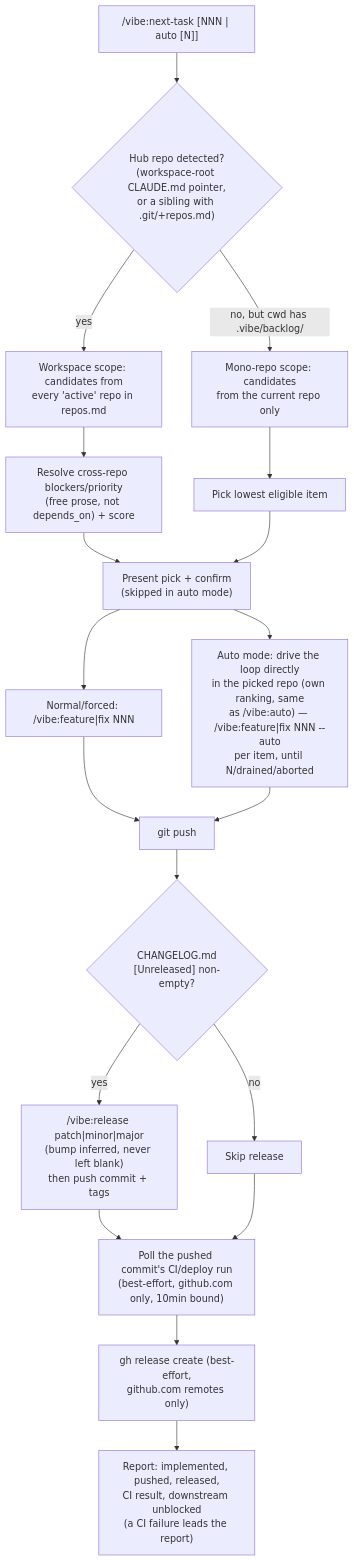
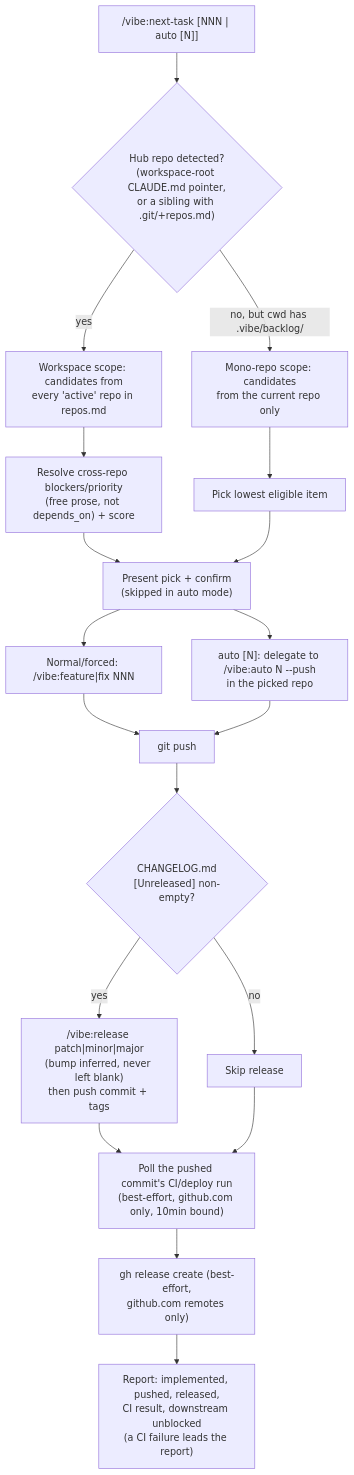
The seventh of 7 diagrams in docs/workflows.md (neolao/claude-plugin-vibe), drawn with Mermaid before and after one commit. The commit also changed other lines of this file and 30 other files, not shown here.

````diff
--- a/docs/workflows.md
+++ b/docs/workflows.md
@@ -160,21 +160,21 @@
 ```mermaid
 flowchart TD
     A["/vibe:next-task [NNN | auto [N]]"] --> B{"Hub repo detected?<br/>(workspace-root CLAUDE.md pointer,<br/>or a sibling with .git/+repos.md)"}
     B -- yes --> C["Workspace scope: candidates from<br/>every 'active' repo in repos.md"]
     B -- "no, but cwd has .vibe/backlog/" --> D["Mono-repo scope: candidates<br/>from the current repo only"]
     C --> E["Resolve cross-repo blockers/priority<br/>(free prose, not depends_on) + score"]
     D --> F["Pick lowest eligible item"]
     E --> G["Present pick + confirm<br/>(skipped in auto mode)"]
     F --> G
     G --> H1["Normal/forced: /vibe:feature|fix NNN"]
-    G --> H2["Auto mode: drive the loop directly<br/>in the picked repo (own ranking, same<br/>as /vibe:auto) — /vibe:feature|fix NNN --auto<br/>per item, until N/drained/aborted"]
+    G --> H2["auto [N]: delegate to /vibe:auto N --push<br/>in the picked repo"]
     H1 --> I["git push"]
     H2 --> I
     I --> J{"CHANGELOG.md<br/>[Unreleased] non-empty?"}
     J -- yes --> K["/vibe:release patch|minor|major<br/>(bump inferred, never left blank)<br/>then push commit + tags"]
     J -- no --> L["Skip release"]
     K --> CI["Poll the pushed commit's CI/deploy run<br/>(best-effort, github.com only, 10min bound)"]
     L --> CI
     CI --> M["gh release create (best-effort,<br/>github.com remotes only)"]
     M --> N["Report: implemented, pushed, released,<br/>CI result, downstream unblocked<br/>(a CI failure leads the report)"]
 ```
````
